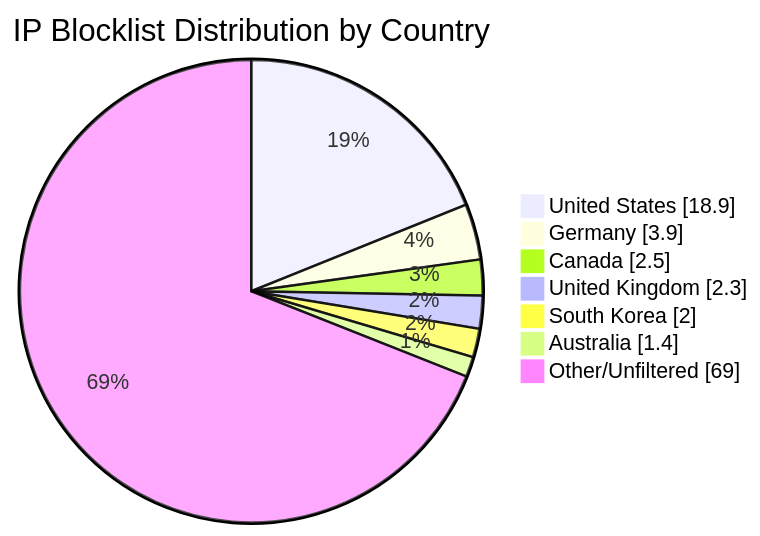
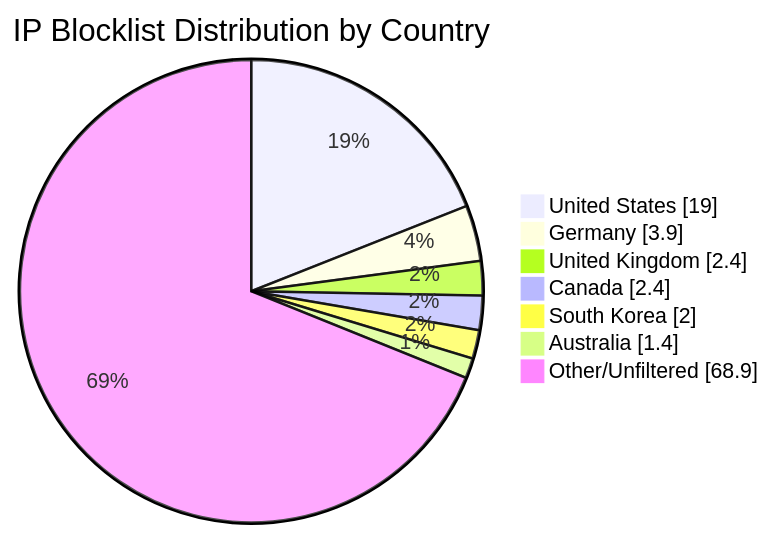
One commit to MarcusHoltz/ipblocklist-geofiltered-aggregator changed the diagram in README.md. Above: the diagram before and after it, drawn with Mermaid. The commit also changed other lines of this file and 9 other files, not shown here.

````diff
--- a/README.md
+++ b/README.md
@@ -34,10 +34,10 @@
 ```mermaid
 pie showData title IP Blocklist Distribution by Country
-"United States" : 18.9
+"United States" : 19.0
 "Germany" : 3.9
-"Canada" : 2.5
-"United Kingdom" : 2.3
+"United Kingdom" : 2.4
+"Canada" : 2.4
 "South Korea" : 2.0
 "Australia" : 1.4
-"Other/Unfiltered" : 69.0
+"Other/Unfiltered" : 68.9
 ```
````
